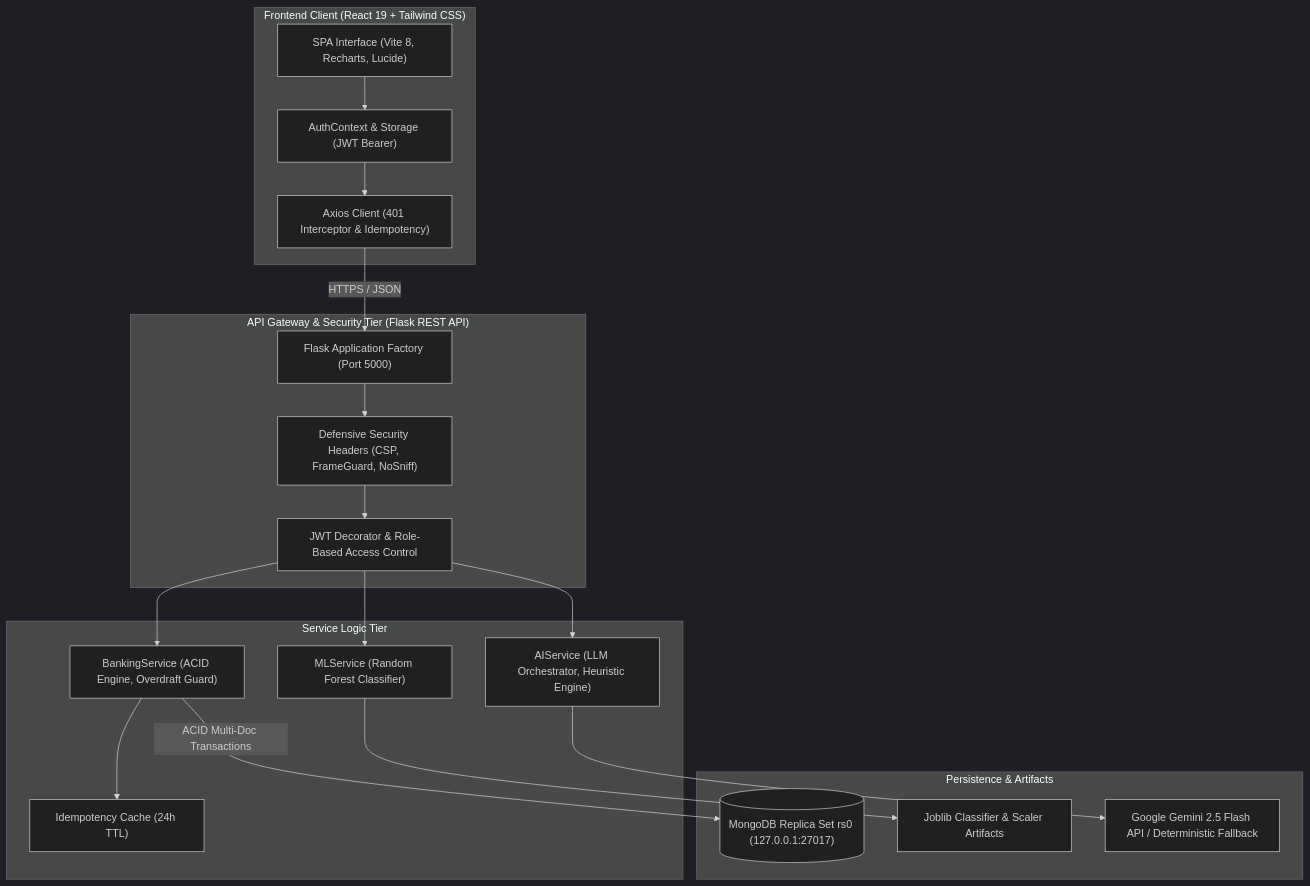
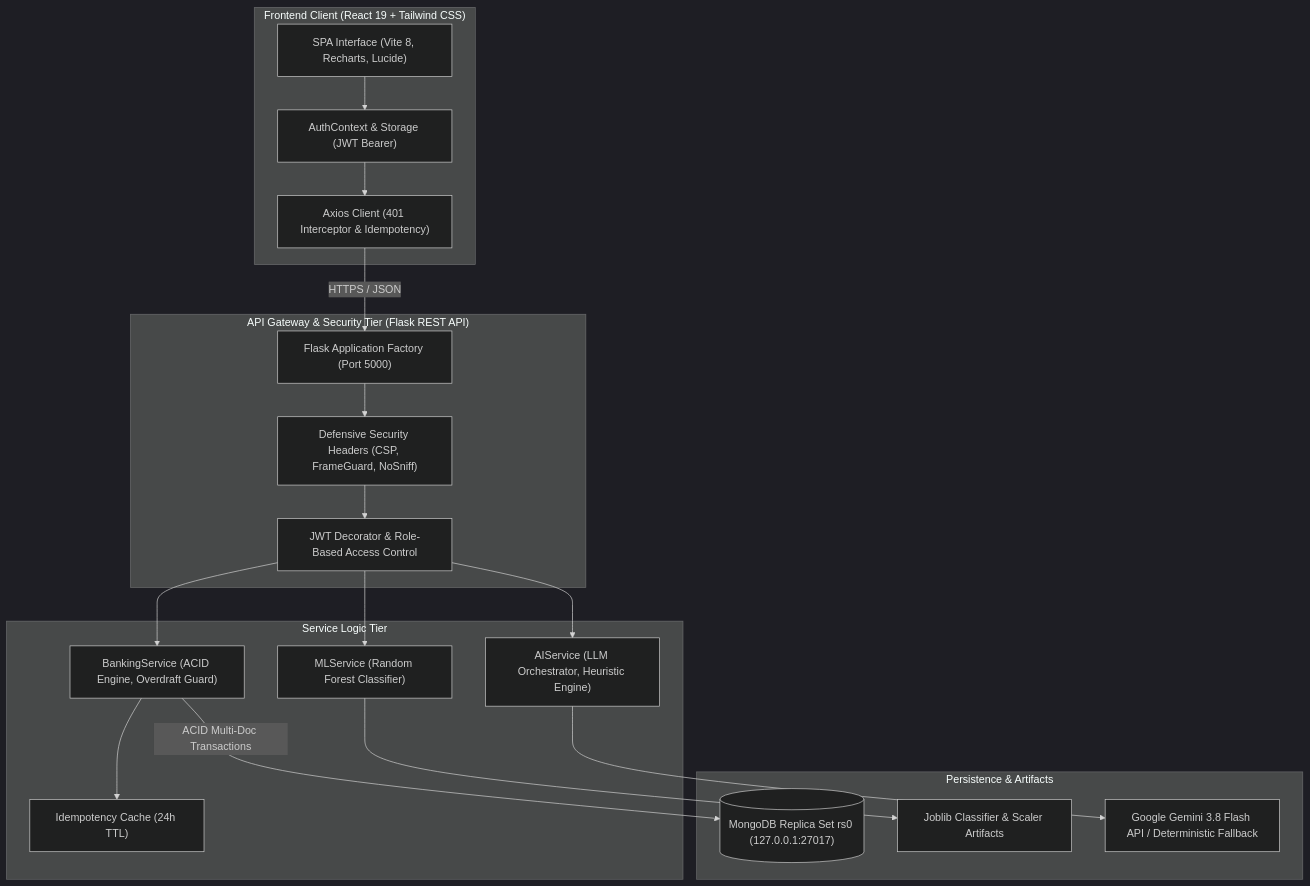
Before and after one commit to Karpagavalli-V/Apex: the first of 4 diagrams in README.md, drawn with Mermaid (dark theme). The commit also changed other lines of this file and 5 other files, not shown here.

Commit message:
chore: upgrade to gemini-3.8-flash model

````diff
--- a/README.md
+++ b/README.md
@@ -53,38 +53,38 @@
 ```mermaid
 flowchart TB
     subgraph ClientLayer["Frontend Client (React 19 + Tailwind CSS)"]
         UI["SPA Interface (Vite 8, Recharts, Lucide)"]
         AuthContext["AuthContext & Storage (JWT Bearer)"]
         APIClient["Axios Client (401 Interceptor & Idempotency)"]
         UI --> AuthContext --> APIClient
     end
 
     subgraph GatewayLayer["API Gateway & Security Tier (Flask REST API)"]
         AppFactory["Flask Application Factory (Port 5000)"]
         SecHeaders["Defensive Security Headers (CSP, FrameGuard, NoSniff)"]
         AuthGuard["JWT Decorator & Role-Based Access Control"]
         AppFactory --> SecHeaders --> AuthGuard
     end
 
     subgraph ServiceLayer["Service Logic Tier"]
         BankSvc["BankingService (ACID Engine, Overdraft Guard)"]
         MLSvc["MLService (Random Forest Classifier)"]
         AISvc["AIService (LLM Orchestrator, Heuristic Engine)"]
         IdemHandler["Idempotency Cache (24h TTL)"]
     end
 
     subgraph DataLayer["Persistence & Artifacts"]
         MongoRS[("MongoDB Replica Set rs0 (127.0.0.1:27017)")]
         MLModel["Joblib Classifier & Scaler Artifacts"]
-        GeminiAPI["Google Gemini 2.5 Flash API / Deterministic Fallback"]
+        GeminiAPI["Google Gemini 3.8 Flash API / Deterministic Fallback"]
     end
 
     APIClient -->|HTTPS / JSON| AppFactory
     AuthGuard --> BankSvc
     AuthGuard --> MLSvc
     AuthGuard --> AISvc
     BankSvc --> IdemHandler
     BankSvc -->|ACID Multi-Doc Transactions| MongoRS
     MLSvc --> MLModel
     AISvc --> GeminiAPI
 ```
````
